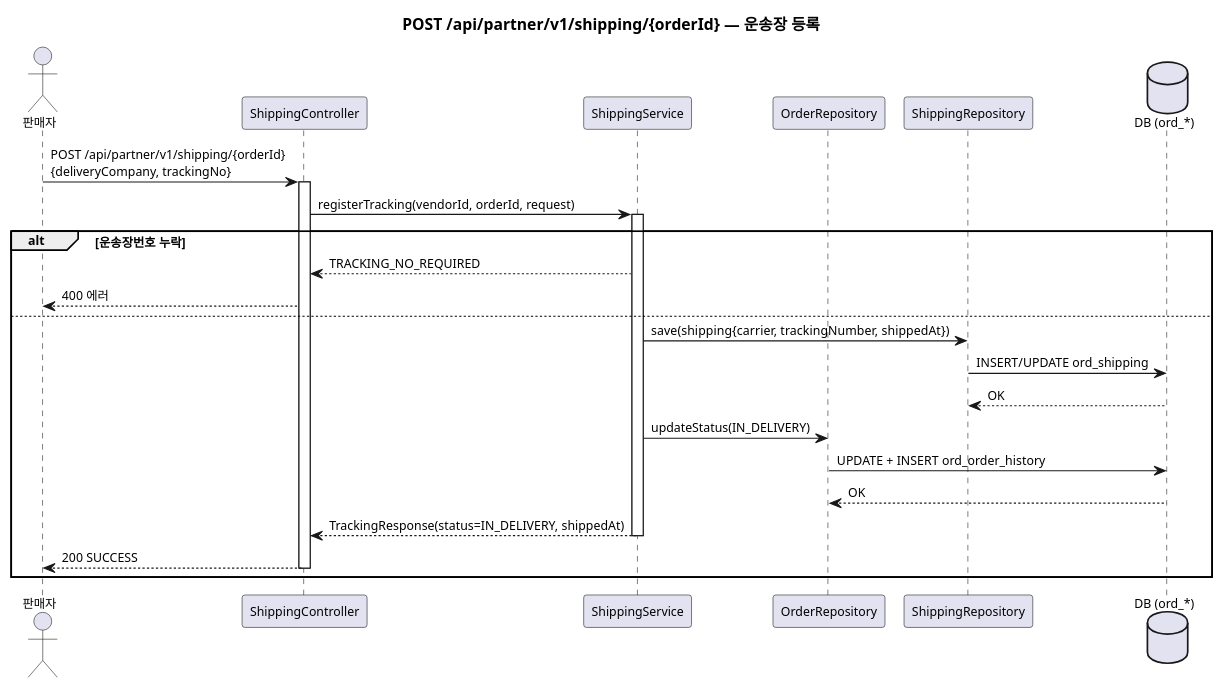
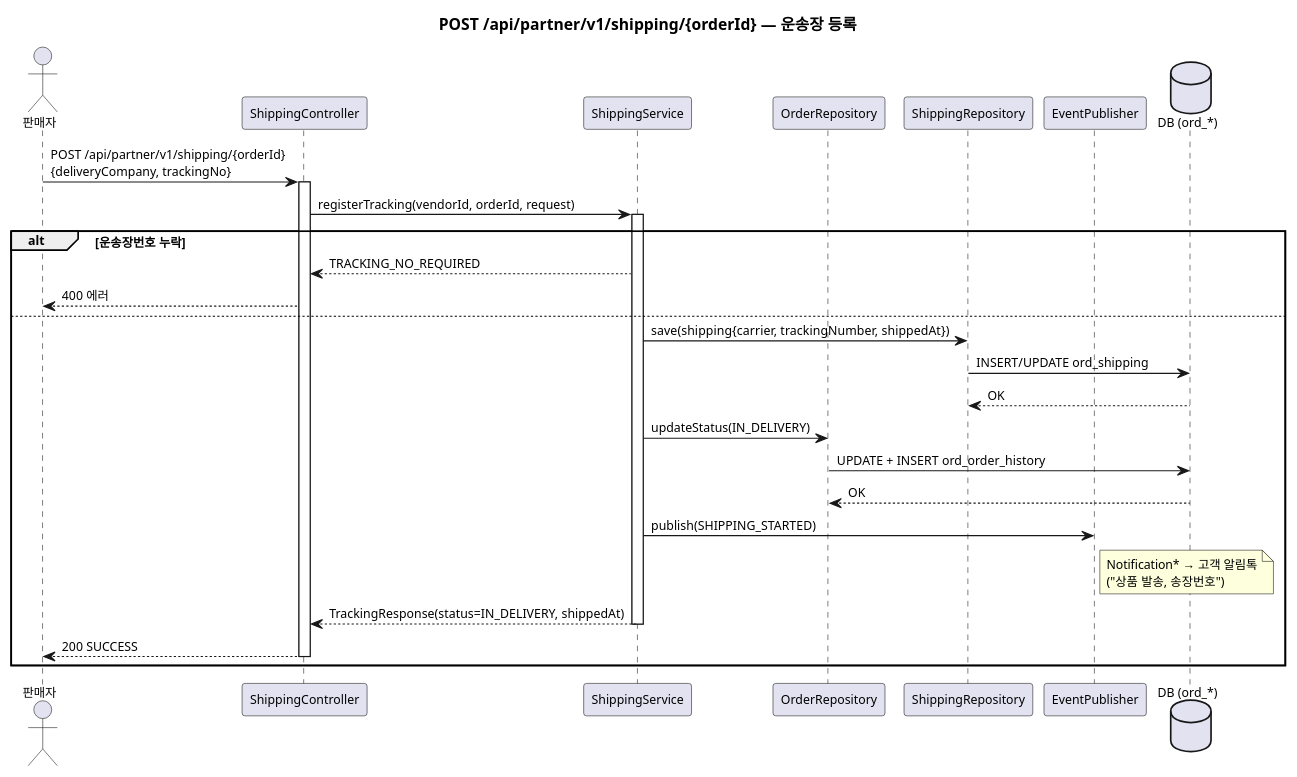
One commit to parknahyun/runNShop changed the ninth of 21 diagrams in docs/자산화-단계별/S3-상세설계/16-시퀀스(Order-Payment).md. Above: the diagram before and after it, drawn with PlantUML. The commit also changed other lines of this file and 18 other files, not shown here.

````diff
--- a/docs/자산화-단계별/S3-상세설계/16-시퀀스(Order-Payment).md
+++ b/docs/자산화-단계별/S3-상세설계/16-시퀀스(Order-Payment).md
@@ -438,39 +442,43 @@
 ```plantuml
 @startuml
 skinparam backgroundColor transparent
 skinparam defaultFontSize 11
 title POST /api/partner/v1/shipping/{orderId} — 운송장 등록
 
 actor 판매자 as Partner
 participant "ShippingController" as SC
 participant "ShippingService" as SS
 participant "OrderRepository" as OR
 participant "ShippingRepository" as SR
+participant "EventPublisher" as EP
 database "DB (ord_*)" as DB
 
 Partner -> SC : POST /api/partner/v1/shipping/{orderId}\n{deliveryCompany, trackingNo}
 activate SC
 
 SC -> SS : registerTracking(vendorId, orderId, request)
 activate SS
 
 alt 운송장번호 누락
   SS --> SC : TRACKING_NO_REQUIRED
   SC --> Partner : 400 에러
 else
   SS -> SR : save(shipping{carrier, trackingNumber, shippedAt})
   SR -> DB : INSERT/UPDATE ord_shipping
   DB --> SR : OK
 
   SS -> OR : updateStatus(IN_DELIVERY)
   OR -> DB : UPDATE + INSERT ord_order_history
   DB --> OR : OK
 
+  SS -> EP : publish(SHIPPING_STARTED)
+  note right of EP: Notification* → 고객 알림톡\n("상품 발송, 송장번호")
+
   SS --> SC : TrackingResponse(status=IN_DELIVERY, shippedAt)
   deactivate SS
   SC --> Partner : 200 SUCCESS
   deactivate SC
 end
 
 @enduml
 ```
````
